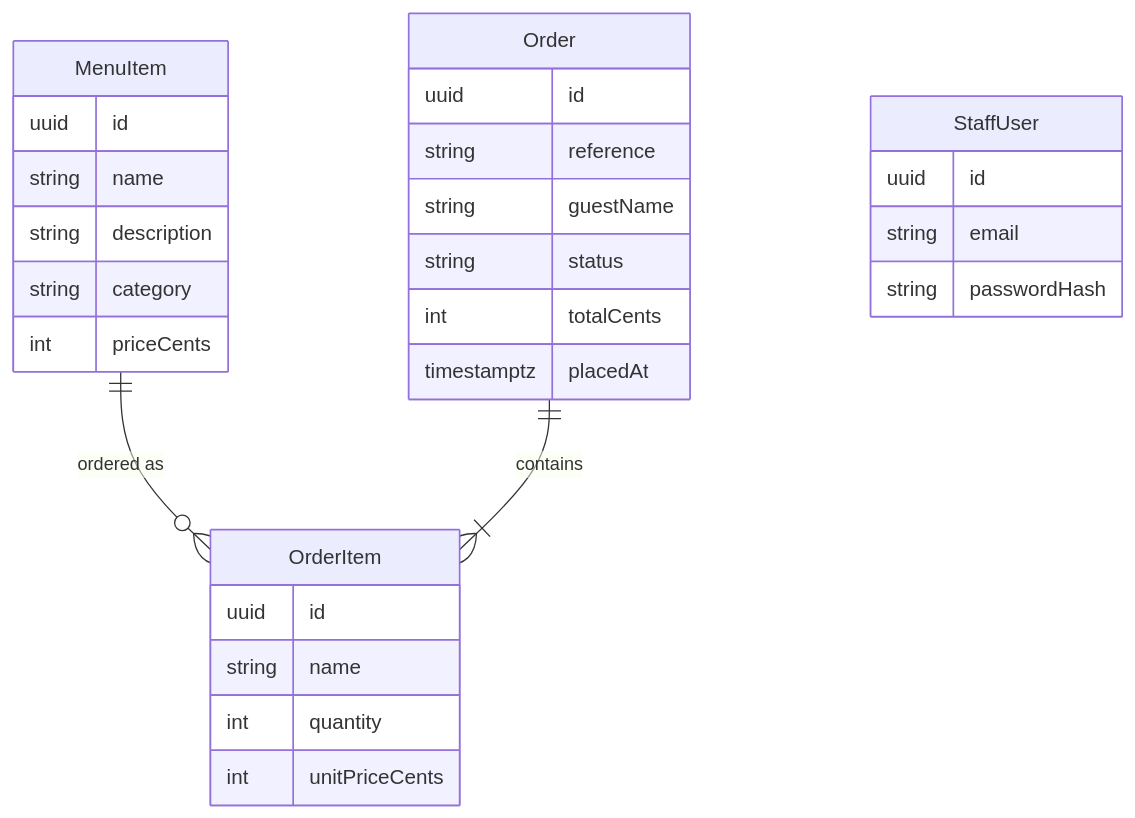
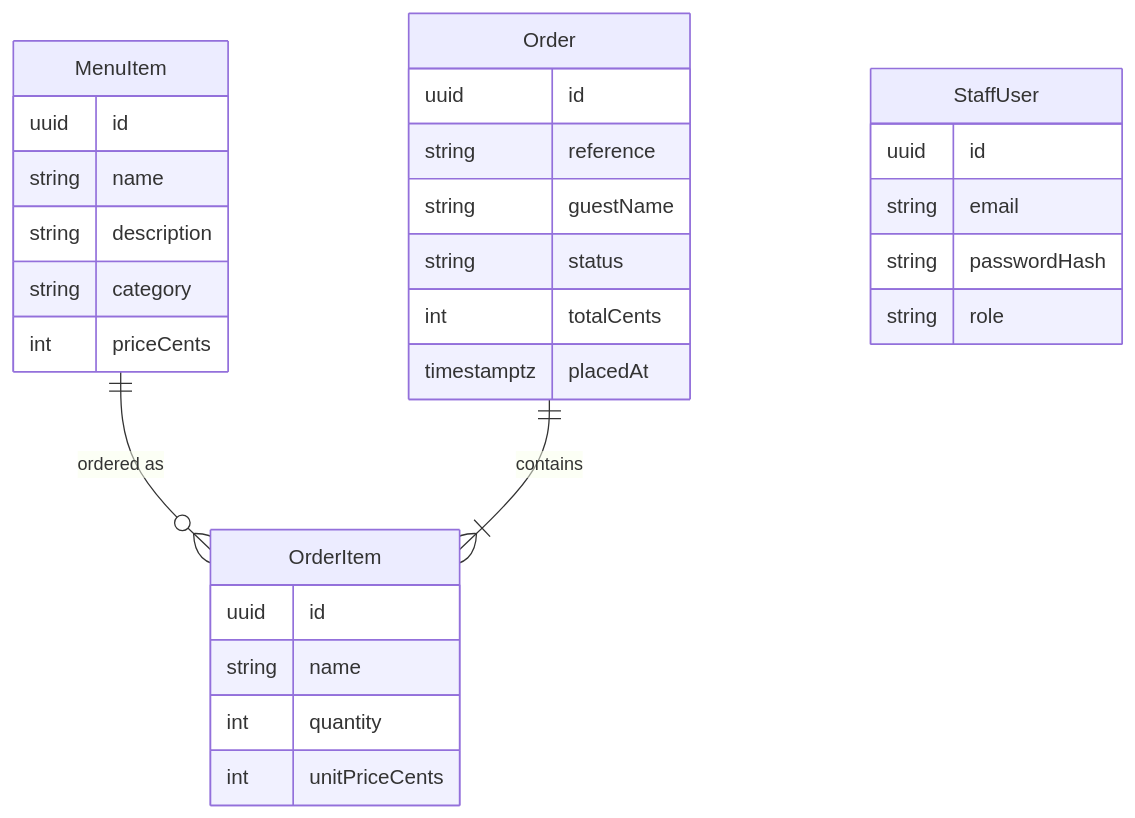
The sixth of 6 diagrams in _bmad-output/planning-artifacts/architecture/architecture-restuarent-2026-10-17/ARCHITECTURE-SPINE.md (RonaldSAMY/restaurant), drawn with Mermaid before and after one commit. The commit also changed other lines of this file and 10 other files, not shown here.

````diff
--- a/_bmad-output/planning-artifacts/architecture/architecture-restuarent-2026-10-17/ARCHITECTURE-SPINE.md
+++ b/_bmad-output/planning-artifacts/architecture/architecture-restuarent-2026-10-17/ARCHITECTURE-SPINE.md
@@ -334,31 +335,32 @@
 ```mermaid
 erDiagram
   MenuItem ||--o{ OrderItem : "ordered as"
   Order ||--|{ OrderItem : contains
   MenuItem {
     uuid id
     string name
     string description
     string category
     int priceCents
   }
   Order {
     uuid id
     string reference
     string guestName
     string status
     int totalCents
     timestamptz placedAt
   }
   OrderItem {
     uuid id
     string name
     int quantity
     int unitPriceCents
   }
   StaffUser {
     uuid id
     string email
     string passwordHash
+    string role
   }
 ```
````
